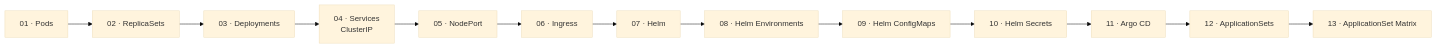
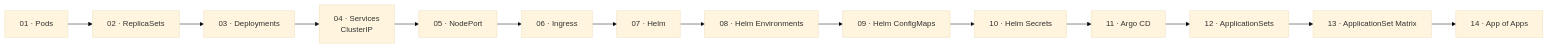
One commit to amerinoo/kubernetes-from-zero changed the diagram in README.md. Above: the diagram before and after it, drawn with Mermaid (base theme). The commit also changed other lines of this file and 2 other files, not shown here.

Commit message:
Add App of Apps class

````diff
--- a/README.md
+++ b/README.md
@@ -7,15 +7,16 @@
 ```mermaid
 graph LR
     P["01 · Pods"] --> RS["02 · ReplicaSets"]
     RS --> D["03 · Deployments"]
     D --> SVC["04 · Services\nClusterIP"]
     SVC --> NP["05 · NodePort"]
     NP --> ING["06 · Ingress"]
     ING --> H["07 · Helm"]
     H --> ENV["08 · Helm Environments"]
     ENV --> CM["09 · Helm ConfigMaps"]
     CM --> SEC["10 · Helm Secrets"]
     SEC --> ARGO["11 · Argo CD"]
     ARGO --> APPSET["12 · ApplicationSets"]
     APPSET --> MATRIX["13 · ApplicationSet Matrix"]
+    MATRIX --> APPOFAPPS["14 · App of Apps"]
 ```
````
